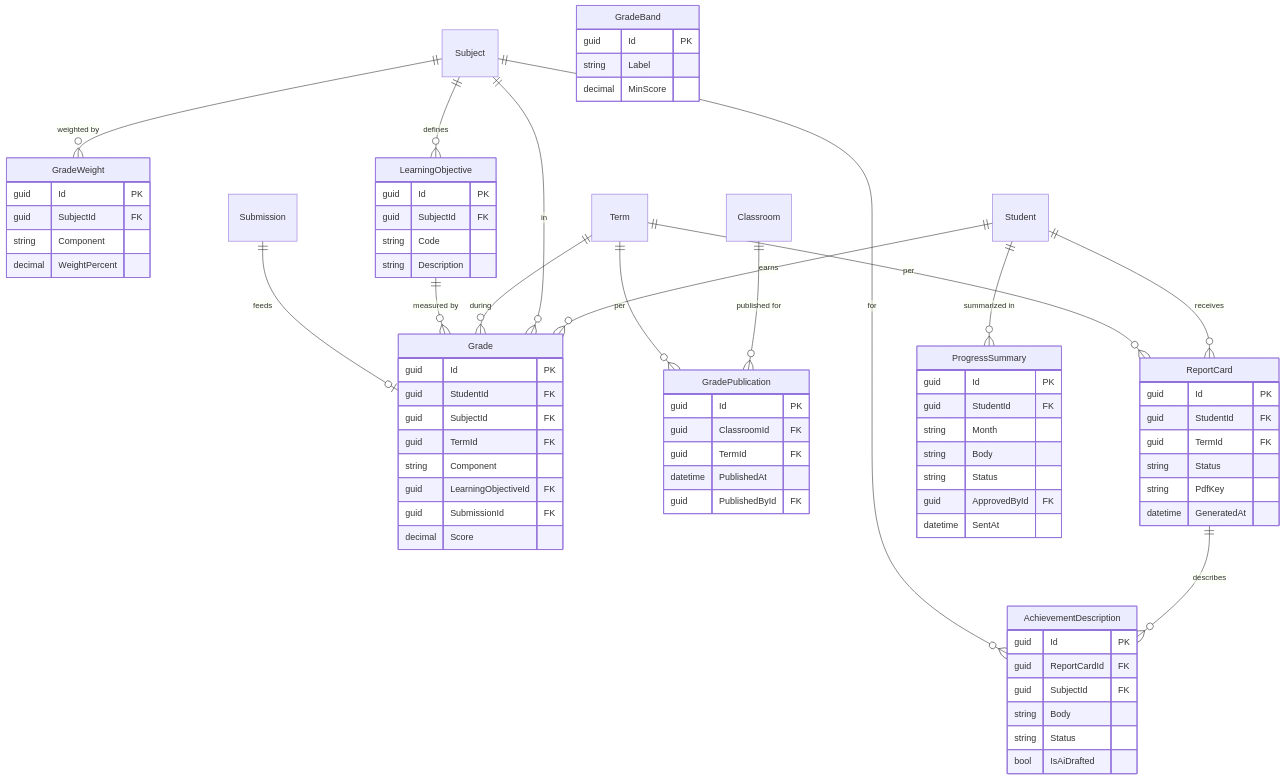
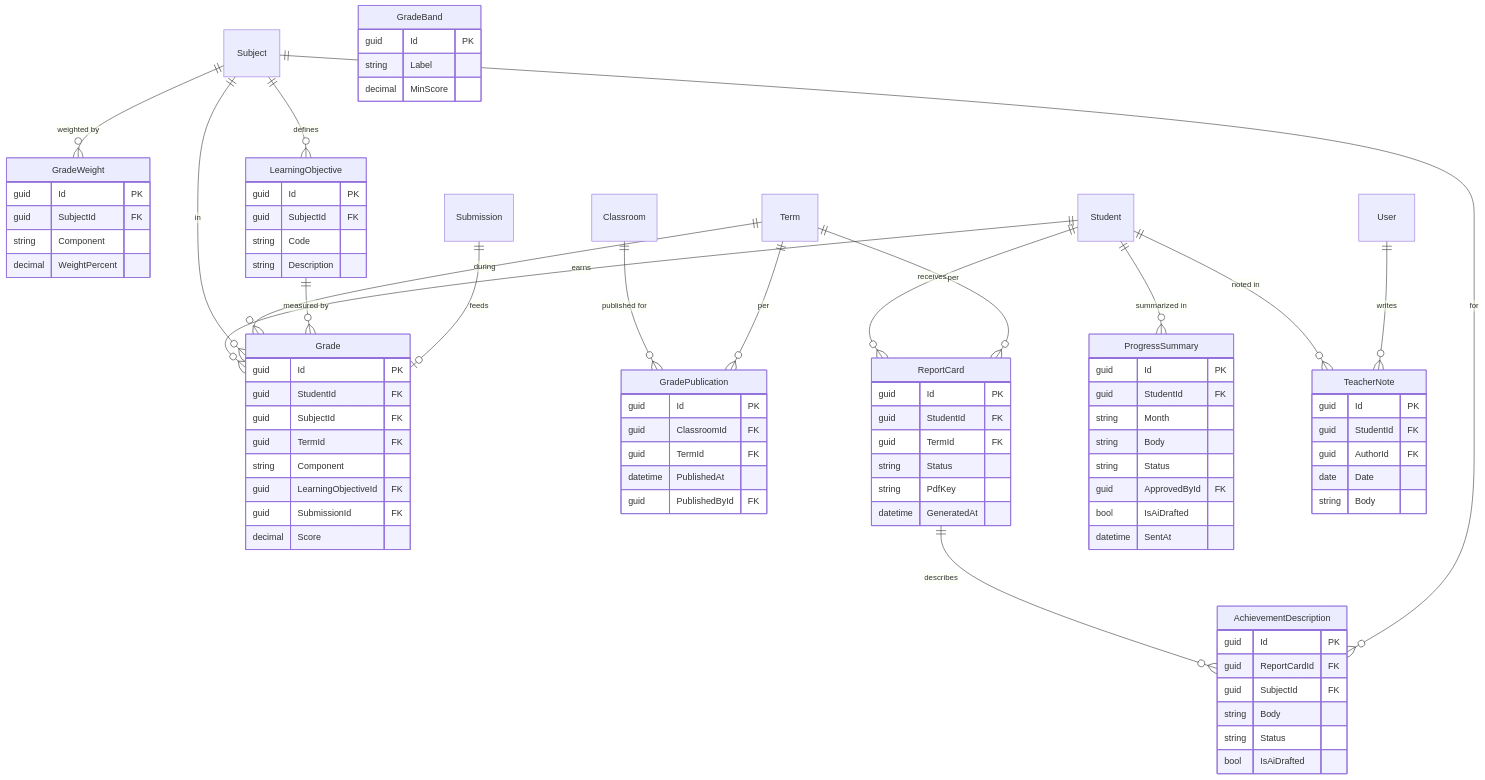
Before and after one commit to ridhwanhabib18/schomans: the fifth of 9 diagrams in docs/en/system-design.md, drawn with Mermaid. The commit also changed other lines of this file and 47 other files, not shown here.

````diff
--- a/docs/en/system-design.md
+++ b/docs/en/system-design.md
@@ -324,6 +324,8 @@
   ReportCard ||--o{ AchievementDescription : "describes"
   Subject ||--o{ AchievementDescription : "for"
   Student ||--o{ ProgressSummary : "summarized in"
+  Student ||--o{ TeacherNote : "noted in"
+  User ||--o{ TeacherNote : "writes"
 
   GradeWeight {
     guid Id PK
@@ -382,6 +384,14 @@
     string Body
     string Status
     guid ApprovedById FK
+    bool IsAiDrafted
     datetime SentAt
   }
+  TeacherNote {
+    guid Id PK
+    guid StudentId FK
+    guid AuthorId FK
+    date Date
+    string Body
+  }
 ```
````
